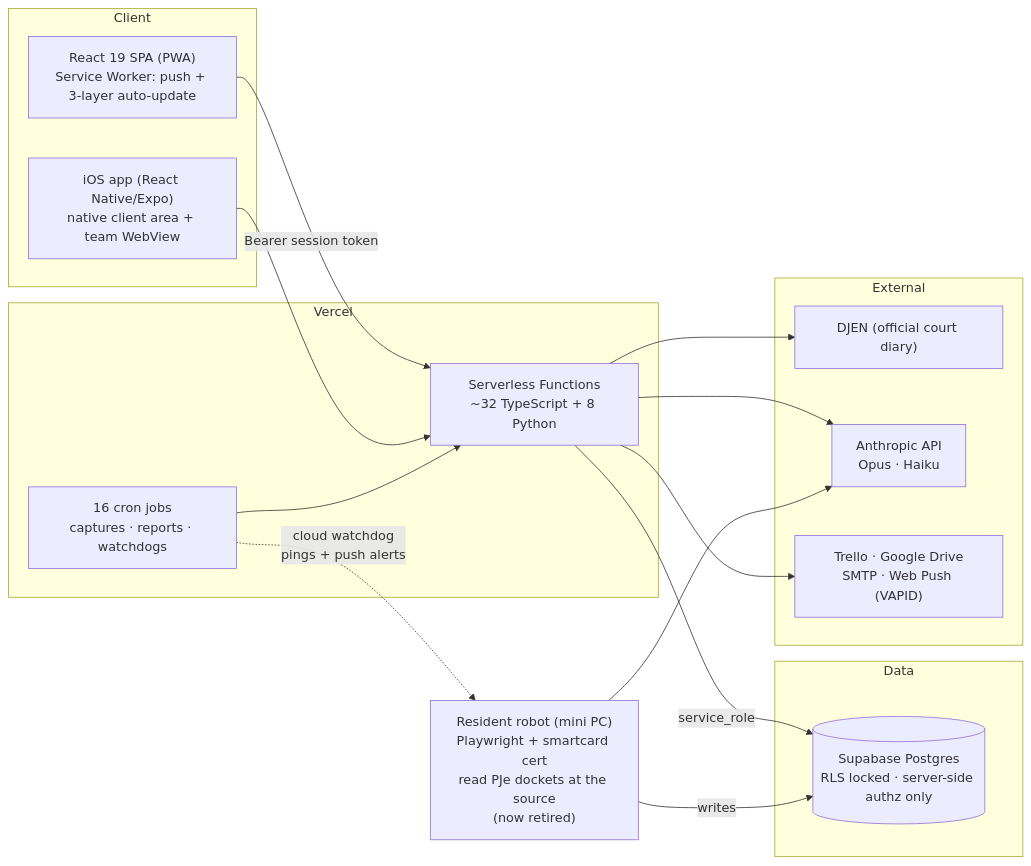
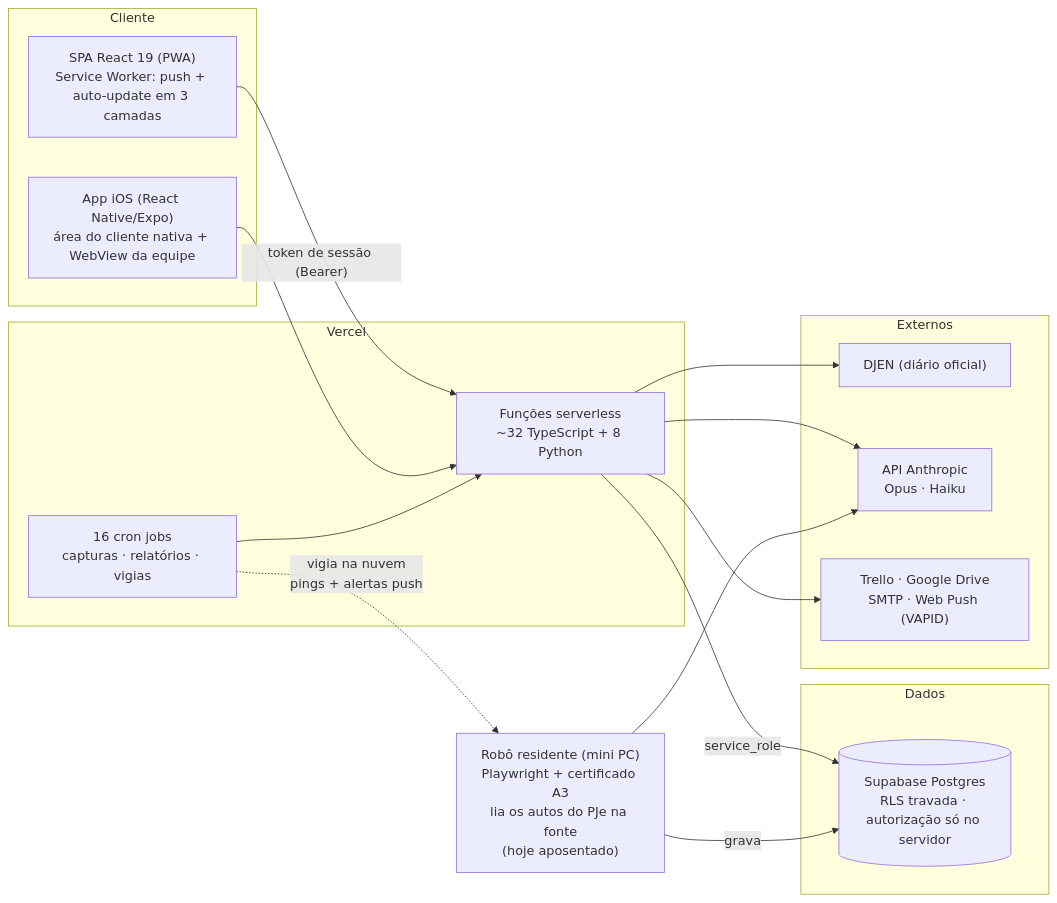
Before and after one commit to jmilheiro73/legal-ops-ai: the diagram in README.md, drawn with Mermaid. The commit also changed other lines of this file and 4 other files, not shown here.

````diff
--- a/README.md
+++ b/README.md
@@ -34,31 +34,31 @@
 ```mermaid
 flowchart LR
-    subgraph Client
-        SPA["React 19 SPA (PWA)\nService Worker: push + 3-layer auto-update"]
-        iOS["iOS app (React Native/Expo)\nnative client area + team WebView"]
+    subgraph Cliente
+        SPA["SPA React 19 (PWA)\nService Worker: push + auto-update em 3 camadas"]
+        iOS["App iOS (React Native/Expo)\nárea do cliente nativa + WebView da equipe"]
     end
     subgraph Vercel
-        FN["Serverless Functions\n~32 TypeScript + 8 Python"]
-        CRON["16 cron jobs\ncaptures · reports · watchdogs"]
+        FN["Funções serverless\n~32 TypeScript + 8 Python"]
+        CRON["16 cron jobs\ncapturas · relatórios · vigias"]
     end
-    subgraph Data
-        PG[("Supabase Postgres\nRLS locked · server-side authz only")]
+    subgraph Dados
+        PG[("Supabase Postgres\nRLS travada · autorização só no servidor")]
     end
-    subgraph External
-        DJEN["DJEN (official court diary)"]
-        ANT["Anthropic API\nOpus · Haiku"]
+    subgraph Externos
+        DJEN["DJEN (diário oficial)"]
+        ANT["API Anthropic\nOpus · Haiku"]
         MISC["Trello · Google Drive\nSMTP · Web Push (VAPID)"]
     end
-    ROBOT["Resident robot (mini PC)\nPlaywright + smartcard cert\nread PJe dockets at the source\n(now retired)"]
+    ROBOT["Robô residente (mini PC)\nPlaywright + certificado A3\nlia os autos do PJe na fonte\n(hoje aposentado)"]
 
-    SPA -- "Bearer session token" --> FN
+    SPA -- "token de sessão (Bearer)" --> FN
     iOS --> FN
     CRON --> FN
     FN -- service_role --> PG
     FN --> DJEN
     FN --> ANT
     FN --> MISC
     ROBOT --> ANT
-    ROBOT -- writes --> PG
-    CRON -. "cloud watchdog\npings + push alerts" .-> ROBOT
+    ROBOT -- grava --> PG
+    CRON -. "vigia na nuvem\npings + alertas push" .-> ROBOT
 ```
````
